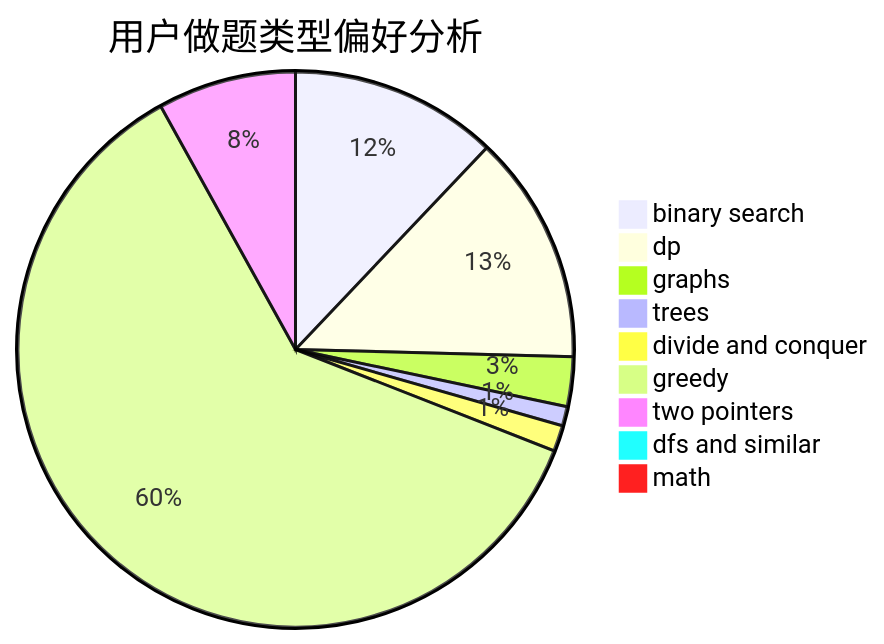
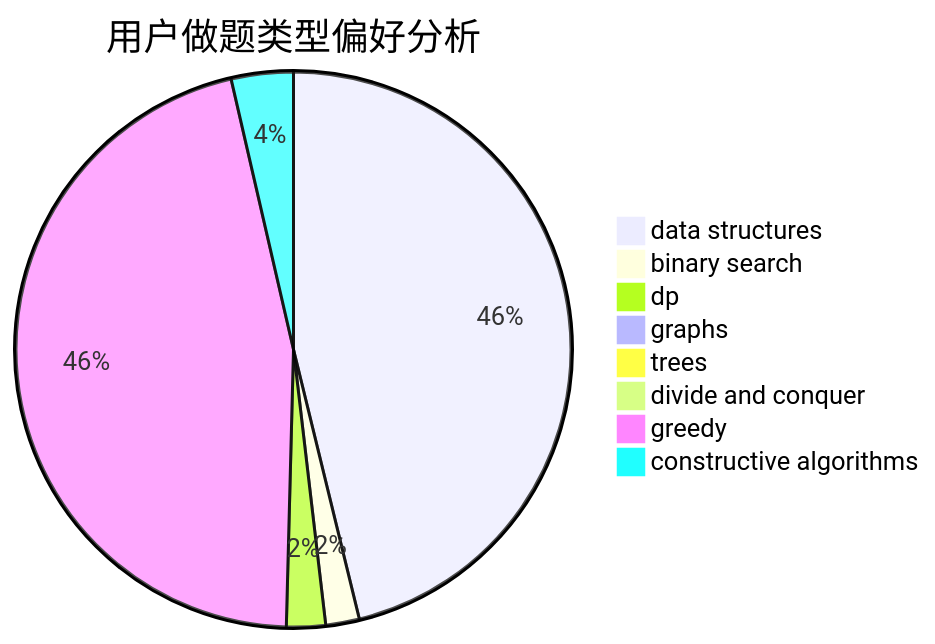
One commit to sherpahu/cfrs.github.io changed the second of 3 diagrams in docs/user/u2476.md. Above: the diagram before and after it, drawn with Mermaid. The commit also changed other lines of this file and 2775 other files, not shown here.

````diff
--- a/docs/user/u2476.md
+++ b/docs/user/u2476.md
@@ -23,12 +23,11 @@
 ```mermaid
 pie title 用户做题类型偏好分析
-    "binary search" :  96
-    "dp" :  106
-    "graphs" :  23
-    "trees" :  9
-    "divide and conquer" :  12
-    "greedy" :  485
-    "two pointers" :  64
-    "dfs and similar" :  4
-    "math" :  4
+    "data structures" :  448
+    "binary search" :  19
+    "dp" :  22
+    "graphs" :  3
+    "trees" :  2
+    "divide and conquer" :  0
+    "greedy" :  446
+    "constructive algorithms" :  35
 ```
````
